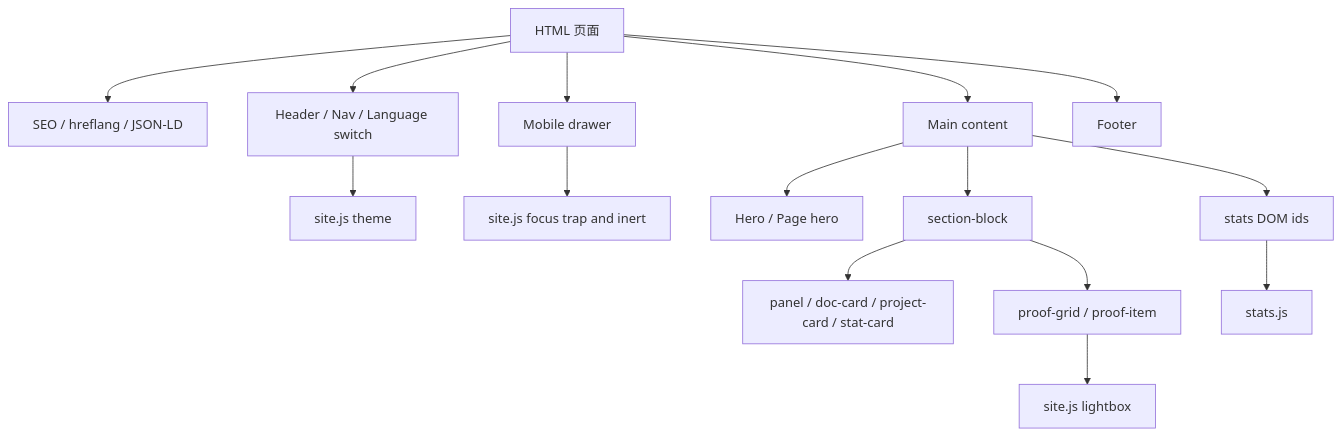
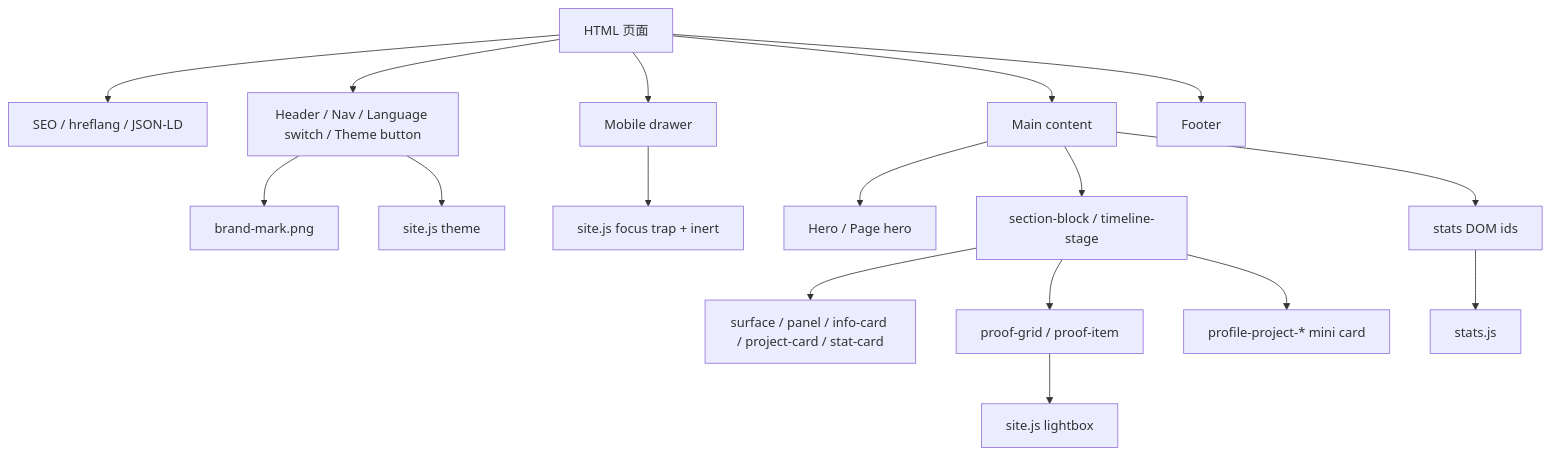
Before and after one commit to Yan-ShiBo/Yan-ShiBo.github.io: the fourth of 5 diagrams in docs/design/architecture.md, drawn with Mermaid. The commit also changed other lines of this file and 7 other files, not shown here.

````diff
--- a/docs/design/architecture.md
+++ b/docs/design/architecture.md
@@ -93,17 +135,19 @@
 ```mermaid
 flowchart TD
   HTML["HTML 页面"] --> Head["SEO / hreflang / JSON-LD"]
-  HTML --> Header["Header / Nav / Language switch"]
+  HTML --> Header["Header / Nav / Language switch / Theme button"]
+  Header --> Brand["brand-mark.png"]
   HTML --> Drawer["Mobile drawer"]
   HTML --> Main["Main content"]
   HTML --> Footer["Footer"]
   Main --> Hero["Hero / Page hero"]
-  Main --> Sections["section-block"]
-  Sections --> Cards["panel / doc-card / project-card / stat-card"]
+  Main --> Sections["section-block / timeline-stage"]
+  Sections --> Cards["surface / panel / info-card / project-card / stat-card"]
   Sections --> Proof["proof-grid / proof-item"]
+  Sections --> MiniProject["profile-project-* mini card"]
   Proof --> Lightbox["site.js lightbox"]
   Header --> Theme["site.js theme"]
-  Drawer --> FocusTrap["site.js focus trap and inert"]
+  Drawer --> FocusTrap["site.js focus trap + inert"]
   Main --> StatsDom["stats DOM ids"]
-  StatsDom --> StatsJs["stats.js"]
+  StatsDom --> StatsJS["stats.js"]
 ```
````
